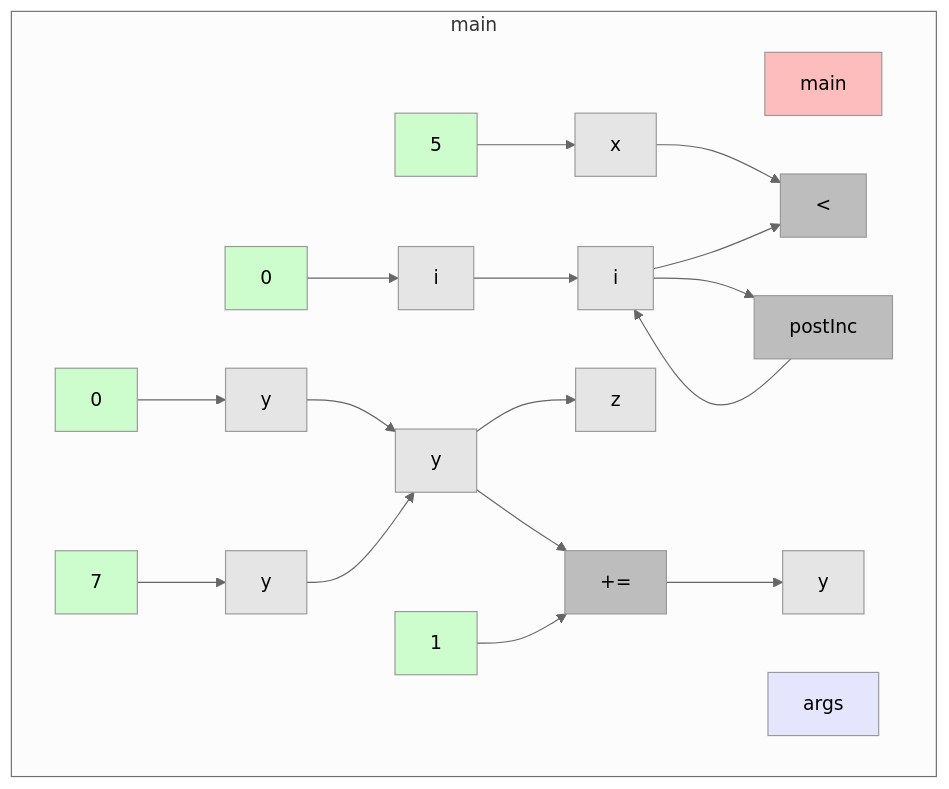
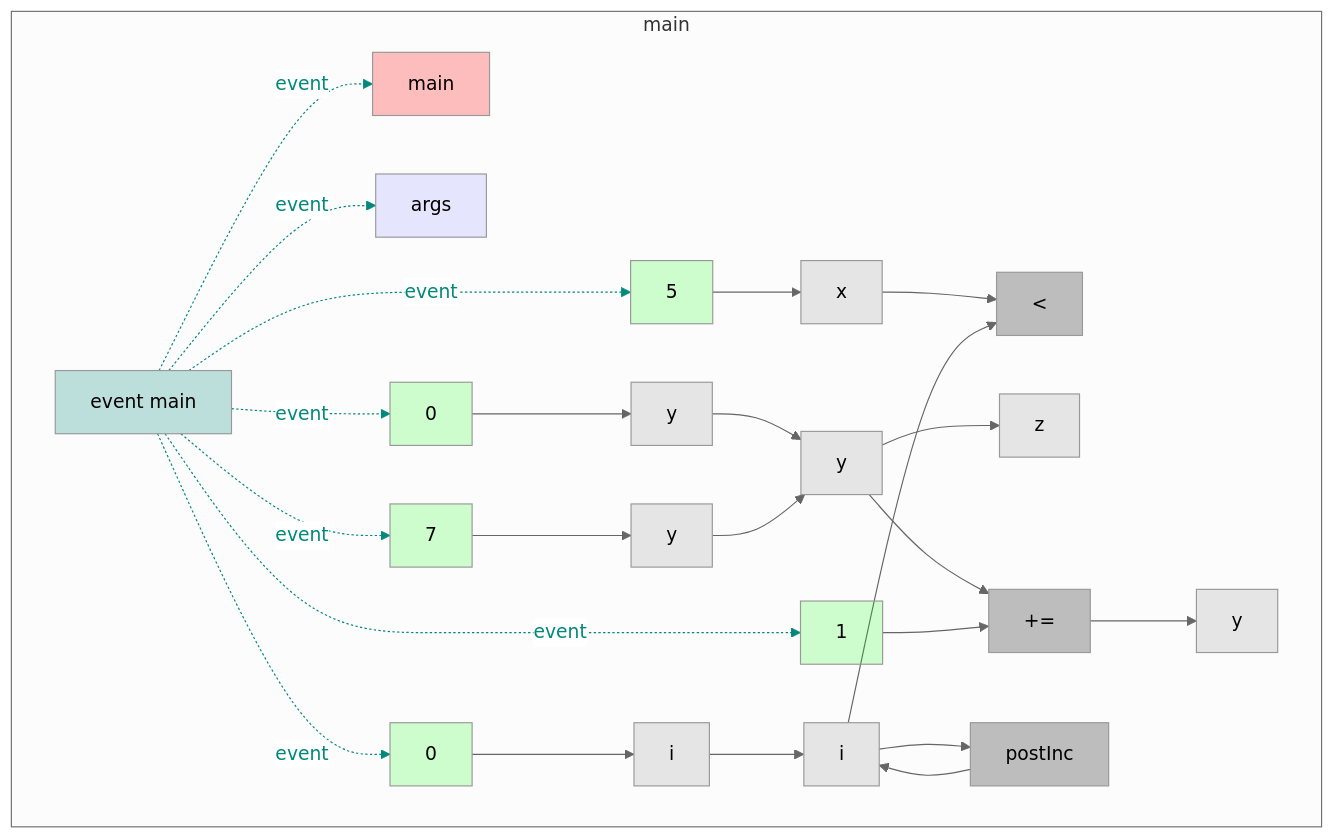
Before and after one commit to gstiebler/codeflow: the diagram in app/src/test/resources/forLoop/snapshot.md, drawn with Mermaid (neutral theme). The commit also changed 77 other files, not shown here.

````diff
--- a/app/src/test/resources/forLoop/snapshot.md
+++ b/app/src/test/resources/forLoop/snapshot.md
@@ -1,45 +1,61 @@
 ```mermaid
 flowchart TD
   subgraph b0["main"]
-    n1[main]:::RETURN
-    n2[args]:::FUNC_PARAM
-    n3[5]:::LITERAL
-    n4[x]:::VARIABLE
-    n5[0]:::LITERAL
-    n6[y]:::VARIABLE
-    n7[0]:::LITERAL
-    n8[i]:::VARIABLE
-    n9[y]:::VARIABLE
-    n10[i]:::VARIABLE
-    n11[<]:::BIN_OP
-    n12[7]:::LITERAL
-    n13[y]:::VARIABLE
-    n14[postInc]:::BIN_OP
-    n15[z]:::VARIABLE
-    n16[1]:::LITERAL
-    n17[+=]:::BIN_OP
-    n18[y]:::VARIABLE
-    n3[5]:::LITERAL --> n4[x]:::VARIABLE
-    n4[x]:::VARIABLE --> n11[<]:::BIN_OP
-    n5[0]:::LITERAL --> n6[y]:::VARIABLE
-    n6[y]:::VARIABLE --> n9[y]:::VARIABLE
-    n7[0]:::LITERAL --> n8[i]:::VARIABLE
-    n8[i]:::VARIABLE --> n10[i]:::VARIABLE
-    n9[y]:::VARIABLE --> n15[z]:::VARIABLE
-    n9[y]:::VARIABLE --> n17[+=]:::BIN_OP
-    n10[i]:::VARIABLE --> n11[<]:::BIN_OP
-    n10[i]:::VARIABLE --> n14[postInc]:::BIN_OP
-    n12[7]:::LITERAL --> n13[y]:::VARIABLE
-    n13[y]:::VARIABLE --> n9[y]:::VARIABLE
-    n14[postInc]:::BIN_OP --> n10[i]:::VARIABLE
-    n16[1]:::LITERAL --> n17[+=]:::BIN_OP
-    n17[+=]:::BIN_OP --> n18[y]:::VARIABLE
+    n1[event main]:::EVENT
+    n2[main]:::RETURN
+    n3[args]:::FUNC_PARAM
+    n4[5]:::LITERAL
+    n5[x]:::VARIABLE
+    n6[0]:::LITERAL
+    n7[y]:::VARIABLE
+    n8[0]:::LITERAL
+    n9[i]:::VARIABLE
+    n10[y]:::VARIABLE
+    n11[i]:::VARIABLE
+    n12[<]:::BIN_OP
+    n13[7]:::LITERAL
+    n14[y]:::VARIABLE
+    n15[postInc]:::BIN_OP
+    n16[z]:::VARIABLE
+    n17[1]:::LITERAL
+    n18[+=]:::BIN_OP
+    n19[y]:::VARIABLE
+    n1[event main]:::EVENT -. event .-> n2[main]:::RETURN
+    n1[event main]:::EVENT -. event .-> n3[args]:::FUNC_PARAM
+    n1[event main]:::EVENT -. event .-> n4[5]:::LITERAL
+    n1[event main]:::EVENT -. event .-> n6[0]:::LITERAL
+    n1[event main]:::EVENT -. event .-> n8[0]:::LITERAL
+    n1[event main]:::EVENT -. event .-> n13[7]:::LITERAL
+    n1[event main]:::EVENT -. event .-> n17[1]:::LITERAL
+    n4[5]:::LITERAL --> n5[x]:::VARIABLE
+    n5[x]:::VARIABLE --> n12[<]:::BIN_OP
+    n6[0]:::LITERAL --> n7[y]:::VARIABLE
+    n7[y]:::VARIABLE --> n10[y]:::VARIABLE
+    n8[0]:::LITERAL --> n9[i]:::VARIABLE
+    n9[i]:::VARIABLE --> n11[i]:::VARIABLE
+    n10[y]:::VARIABLE --> n16[z]:::VARIABLE
+    n10[y]:::VARIABLE --> n18[+=]:::BIN_OP
+    n11[i]:::VARIABLE --> n12[<]:::BIN_OP
+    n11[i]:::VARIABLE --> n15[postInc]:::BIN_OP
+    n13[7]:::LITERAL --> n14[y]:::VARIABLE
+    n14[y]:::VARIABLE --> n10[y]:::VARIABLE
+    n15[postInc]:::BIN_OP --> n11[i]:::VARIABLE
+    n17[1]:::LITERAL --> n18[+=]:::BIN_OP
+    n18[+=]:::BIN_OP --> n19[y]:::VARIABLE
   end
+  linkStyle 0 stroke:#00897b,color:#00897b
+  linkStyle 1 stroke:#00897b,color:#00897b
+  linkStyle 2 stroke:#00897b,color:#00897b
+  linkStyle 3 stroke:#00897b,color:#00897b
+  linkStyle 4 stroke:#00897b,color:#00897b
+  linkStyle 5 stroke:#00897b,color:#00897b
+  linkStyle 6 stroke:#00897b,color:#00897b
   classDef LITERAL fill:#00FF0030
   classDef VARIABLE fill:#80808030
   classDef BIN_OP fill:#80808080
   classDef FUNC_PARAM fill:#8080FF30
   classDef RETURN fill:#FF808080
   classDef EXTERNAL fill:#FFA50040
   classDef UNMODELLED fill:#FF000030,stroke-dasharray: 4 2
+  classDef EVENT fill:#00897B40
 ```
````
